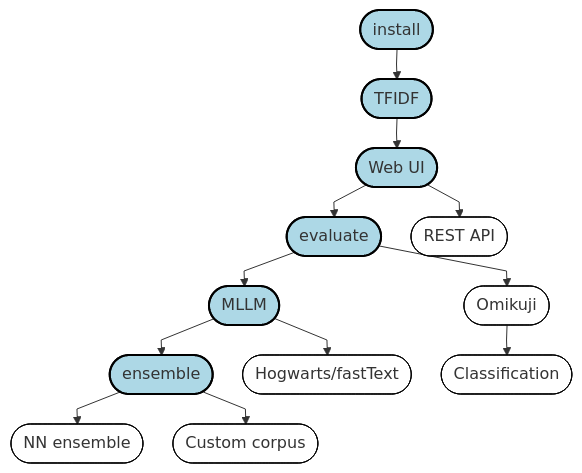
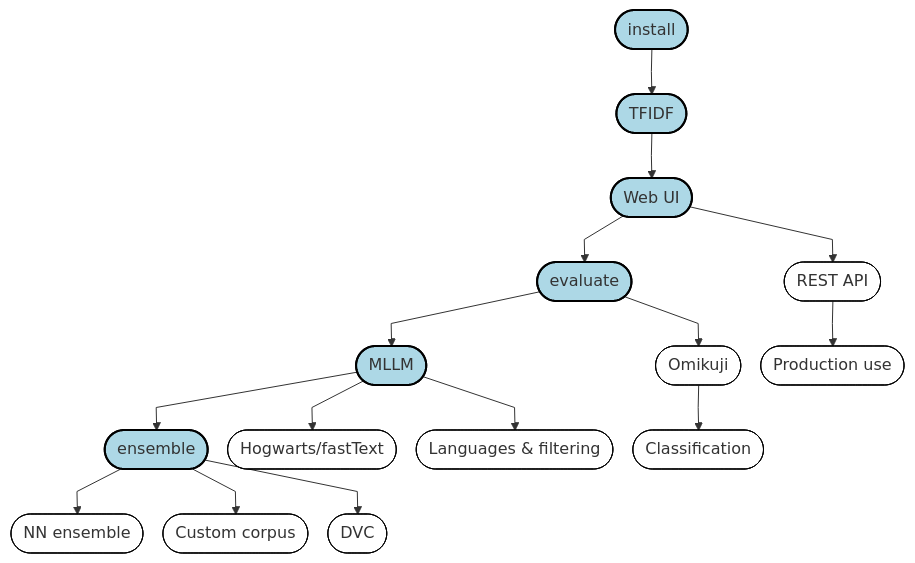
One commit to NatLibFi/Annif-tutorial changed the diagram in exercises/README.md. Above: the diagram before and after it, drawn with Mermaid.

Commit message:
Add new exercises to diagram

````diff
--- a/exercises/README.md
+++ b/exercises/README.md
@@ -13,39 +13,45 @@
 ```mermaid
 %%{
     init: {
        "flowchart": {
-           "nodeSpacing": 30,
-           "rankSpacing": 30,
-           "useMaxWidth": false,
+           "nodeSpacing": 20,
+           "rankSpacing": 45,
+           "useMaxWidth": true,
            "curve": "linear"
         }
     }
 }%%
 flowchart TD
     classDef core fill:#ADD8E6,stroke:#000000,stroke-width:2px;
     classDef optional fill:#ffffff,stroke:#000000,stroke-width:1px;
 
     install([install]) --> tfidf([TFIDF])
     tfidf --> webui([Web UI])
     webui --> eval([evaluate])
     eval --> mllm([MLLM])
     mllm --> ensemble([ensemble])
     ensemble --> nn_ensemble([NN ensemble])
     ensemble --> custom([Custom corpus])
+    ensemble --> dvc([DVC])
     mllm --> ft([Hogwarts/fastText])
+    mllm --> lang_filter([Languages & filtering])
     webui --> rest([REST API])
+    rest --> production([Production use])
     eval --> omikuji([Omikuji])
     omikuji --> classification([Classification])
     class install core
     class tfidf core
     class webui core
     class eval core
     class mllm core
+    class lang_filter optional
     class ensemble core
+    class dvc optional
     class rest optional
+    class production optional
     class omikuji optional
     class classification optional
     class ft optional
     class custom optional
     class nn_ensemble optional
 ```
````
